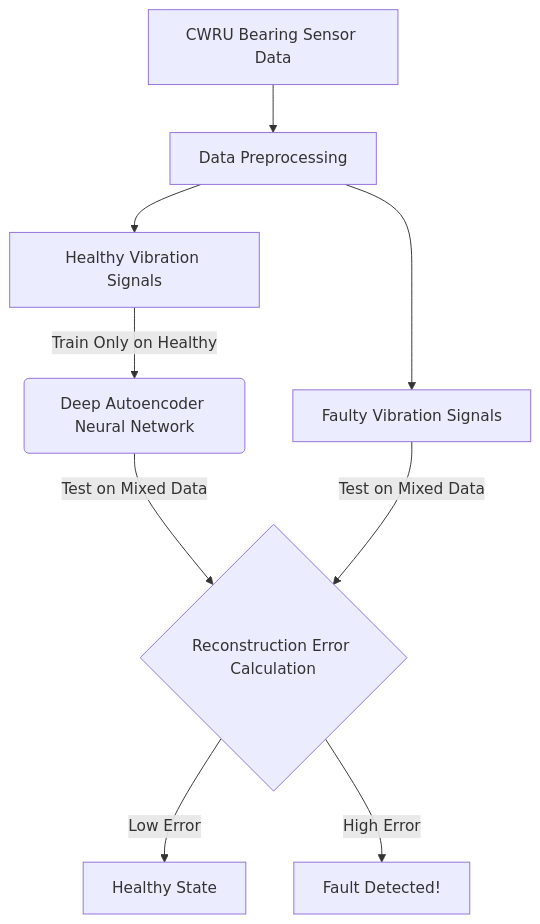
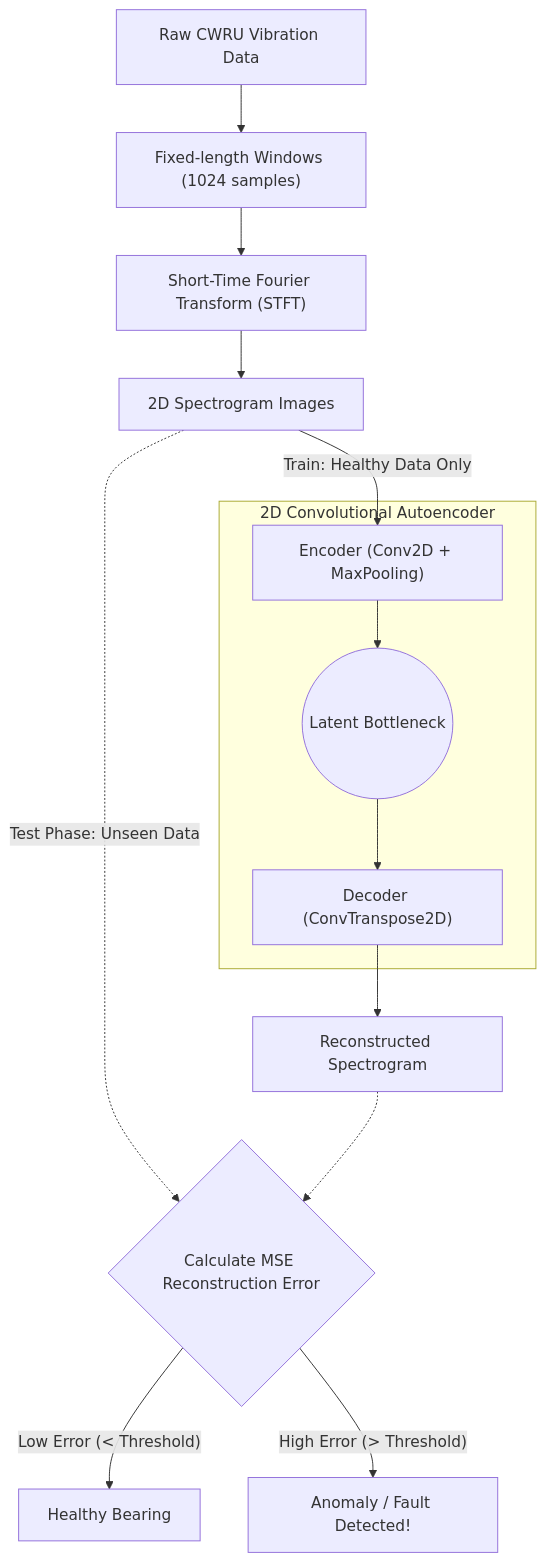
The diagram in 01_Anomaly_Detection_Autoencoders/README.md (Cokaine29/IEOR_AI_ML_DS_Projects), drawn with Mermaid before and after one commit.

Commit message:
docs: update Project 1 flowchart with detailed 2D CNN Autoencoder architecture

````diff
--- a/01_Anomaly_Detection_Autoencoders/README.md
+++ b/01_Anomaly_Detection_Autoencoders/README.md
@@ -12,14 +12,20 @@
 ```mermaid
 graph TD
-    A[CWRU Bearing Sensor Data] --> B[Data Preprocessing]
-    B --> C[Healthy Vibration Signals]
-    B --> D[Faulty Vibration Signals]
+    A["Raw CWRU Vibration Data"] --> B["Fixed-length Windows (1024 samples)"]
+    B --> C["Short-Time Fourier Transform (STFT)"]
+    C --> D["2D Spectrogram Images"]
     
-    C -->|Train Only on Healthy| E(Deep Autoencoder Neural Network)
+    subgraph 2D Convolutional Autoencoder
+        E["Encoder (Conv2D + MaxPooling)"] --> F(("Latent Bottleneck"))
+        F --> G["Decoder (ConvTranspose2D)"]
+    end
     
-    E -->|Test on Mixed Data| F{Reconstruction Error Calculation}
-    D -->|Test on Mixed Data| F
+    D -->|"Train: Healthy Data Only"| E
+    G --> H["Reconstructed Spectrogram"]
     
-    F -->|Low Error| G[Healthy State]
-    F -->|High Error| H[Fault Detected!]
+    D -.->|"Test Phase: Unseen Data"| I{"Calculate MSE Reconstruction Error"}
+    H -.-> I
+    
+    I -->|"Low Error (< Threshold)"| J["Healthy Bearing"]
+    I -->|"High Error (> Threshold)"| K["Anomaly / Fault Detected!"]
 ```
````
